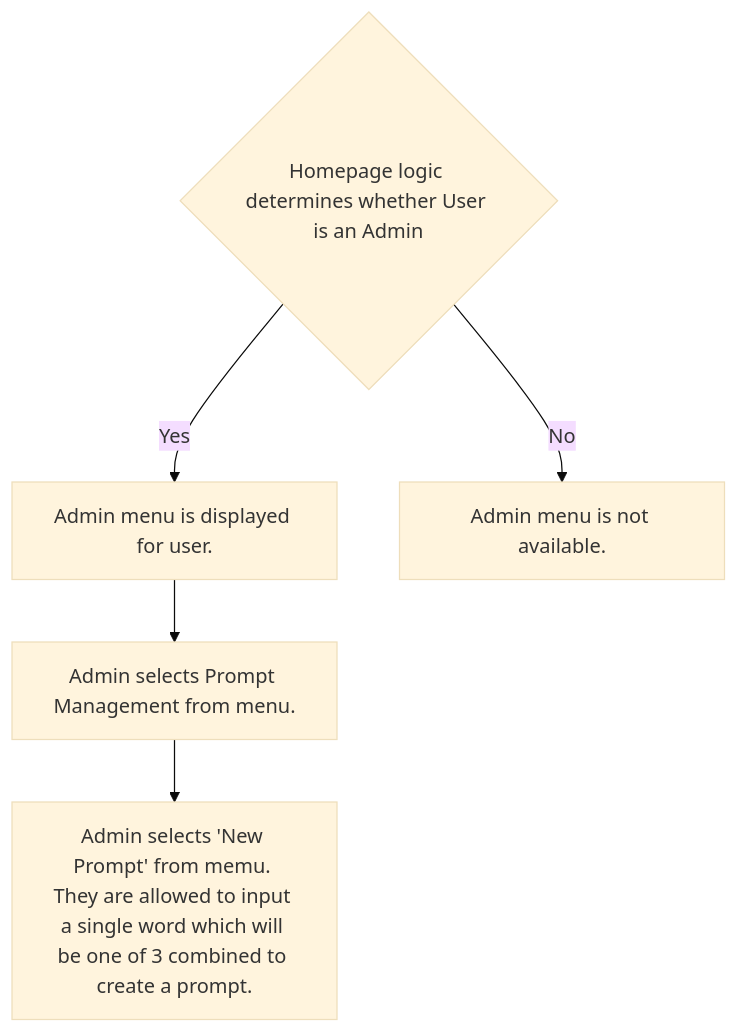
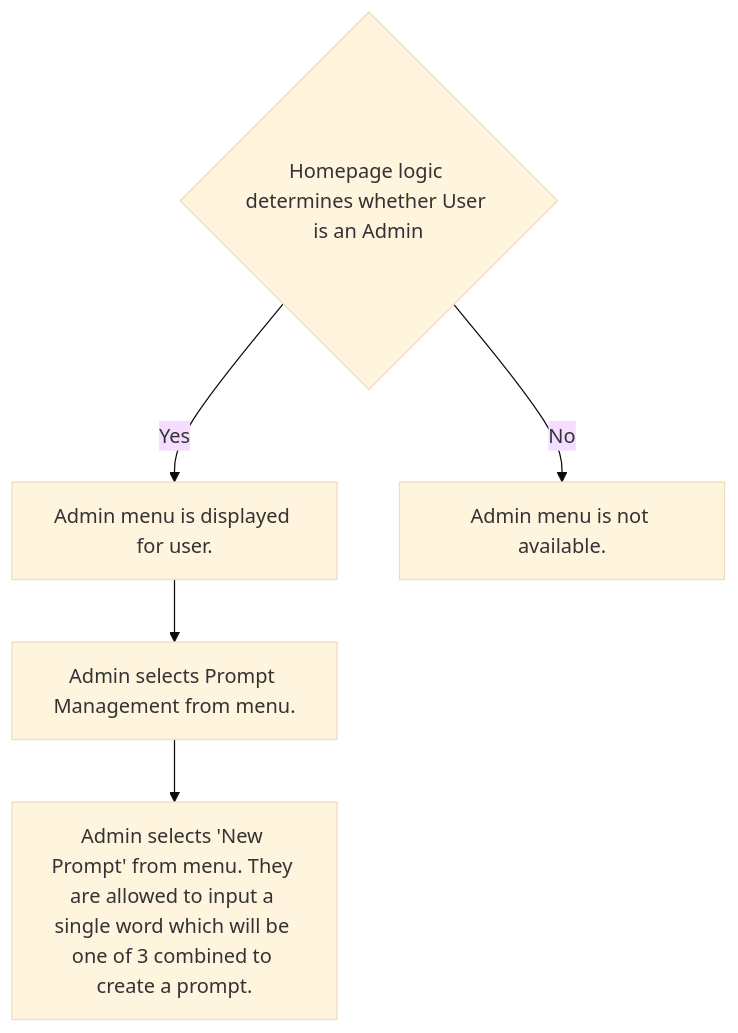
Before and after one commit to Wren00/create-an-orc: the sixth of 6 diagrams in README.md, drawn with Mermaid (base theme). The commit also changed other lines of this file, not shown here.

````diff
--- a/README.md
+++ b/README.md
@@ -572,7 +573,7 @@
 ```mermaid
 flowchart TD
 	A{Homepage logic determines whether User is an Admin}
 	A -- Yes --> B[Admin menu is displayed for user.]
 	A -- No --> C[Admin menu is not available.]
-	B --> D[Admin selects Prompt Management from menu.] --> E[Admin selects 'New Prompt' from memu. They are allowed to input a single word which will be one of 3 combined to create a prompt.] 
+	B --> D[Admin selects Prompt Management from menu.] --> E[Admin selects 'New Prompt' from menu. They are allowed to input a single word which will be one of 3 combined to create a prompt.] 
 ```
````
